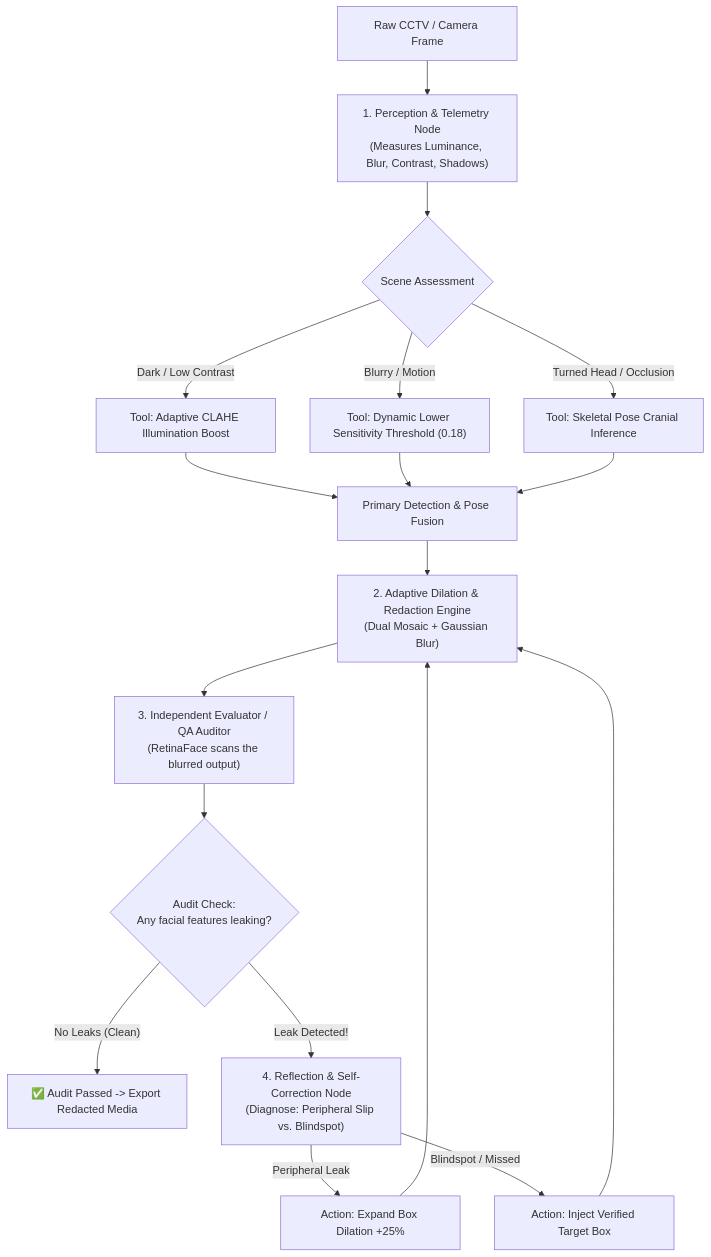
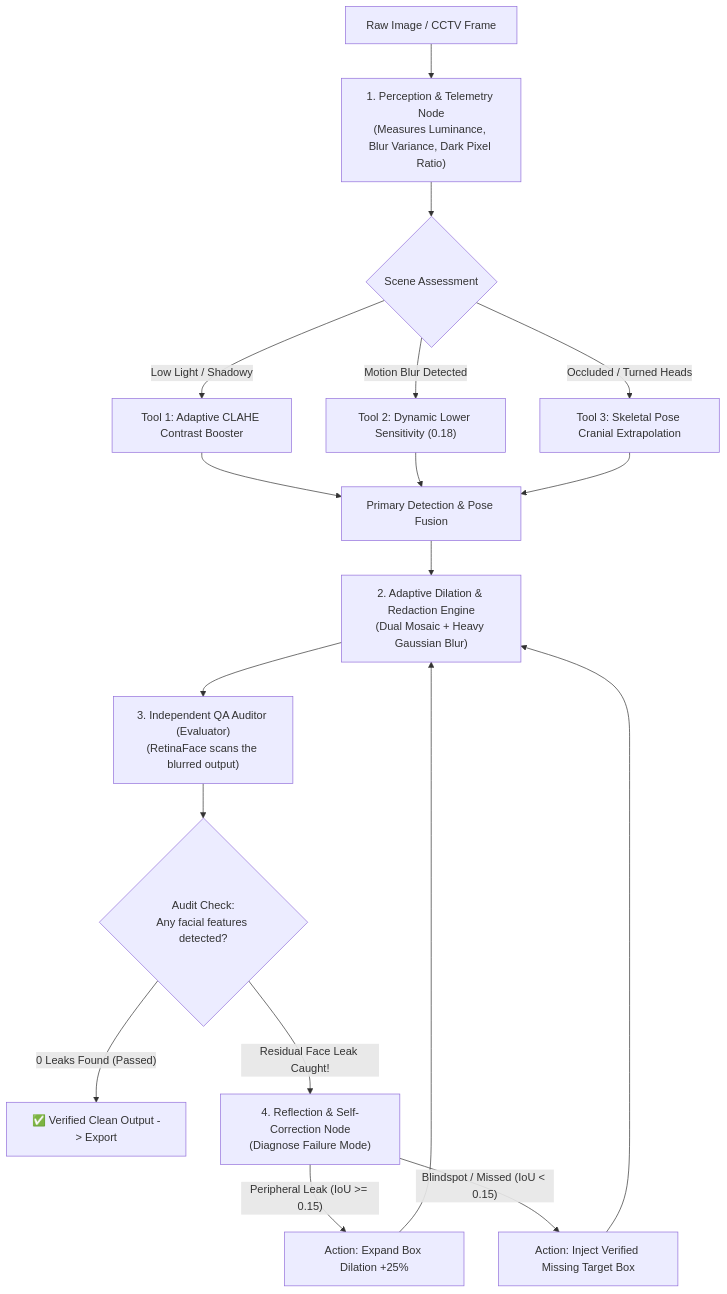
Before and after one commit to viswarup/agentic-face-redaction-pipeline: the diagram in README.md, drawn with Mermaid. The commit also changed other lines of this file and 3 other files, not shown here.

Commit message:
docs: enrich README with architectural diagrams, win-case images, and benchmark analysis

````diff
--- a/README.md
+++ b/README.md
@@ -32,29 +63,30 @@
 ```mermaid
 flowchart TD
-    A["Raw CCTV / Camera Frame"] --> B["1. Perception & Telemetry Node\n(Measures Luminance, Blur, Contrast, Shadows)"]
+    A["Raw Image / CCTV Frame"] --> B["1. Perception & Telemetry Node\n(Measures Luminance, Blur Variance, Dark Pixel Ratio)"]
+    
     B --> C{"Scene Assessment"}
     
-    C -- "Dark / Low Contrast" --> D["Tool: Adaptive CLAHE Illumination Boost"]
-    C -- "Blurry / Motion" --> E["Tool: Dynamic Lower Sensitivity Threshold (0.18)"]
-    C -- "Turned Head / Occlusion" --> F["Tool: Skeletal Pose Cranial Inference"]
+    C -- "Low Light / Shadowy" --> D["Tool 1: Adaptive CLAHE Contrast Booster"]
+    C -- "Motion Blur Detected" --> E["Tool 2: Dynamic Lower Sensitivity (0.18)"]
+    C -- "Occluded / Turned Heads" --> F["Tool 3: Skeletal Pose Cranial Extrapolation"]
     
     D --> G["Primary Detection & Pose Fusion"]
     E --> G
     F --> G
     
-    G --> H["2. Adaptive Dilation & Redaction Engine\n(Dual Mosaic + Gaussian Blur)"]
+    G --> H["2. Adaptive Dilation & Redaction Engine\n(Dual Mosaic + Heavy Gaussian Blur)"]
     
-    H --> I["3. Independent Evaluator / QA Auditor\n(RetinaFace scans the blurred output)"]
+    H --> I["3. Independent QA Auditor (Evaluator)\n(RetinaFace scans the blurred output)"]
     
-    I --> J{"Audit Check:\nAny facial features leaking?"}
+    I --> J{"Audit Check:\nAny facial features detected?"}
     
-    J -- "No Leaks (Clean)" --> K["✅ Audit Passed -> Export Redacted Media"]
+    J -- "0 Leaks Found (Passed)" --> K["✅ Verified Clean Output -> Export"]
     
-    J -- "Leak Detected!" --> L["4. Reflection & Self-Correction Node\n(Diagnose: Peripheral Slip vs. Blindspot)"]
+    J -- "Residual Face Leak Caught!" --> L["4. Reflection & Self-Correction Node\n(Diagnose Failure Mode)"]
     
-    L -- "Peripheral Leak" --> M["Action: Expand Box Dilation +25%"]
-    L -- "Blindspot / Missed" --> N["Action: Inject Verified Target Box"]
+    L -- "Peripheral Leak (IoU >= 0.15)" --> M["Action: Expand Box Dilation +25%"]
+    L -- "Blindspot / Missed (IoU < 0.15)" --> N["Action: Inject Verified Missing Target Box"]
     
     M --> H
     N --> H
 ```
````
